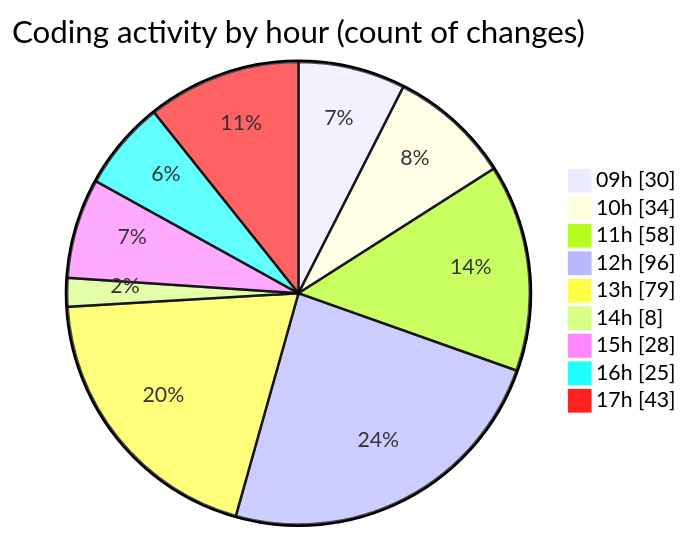
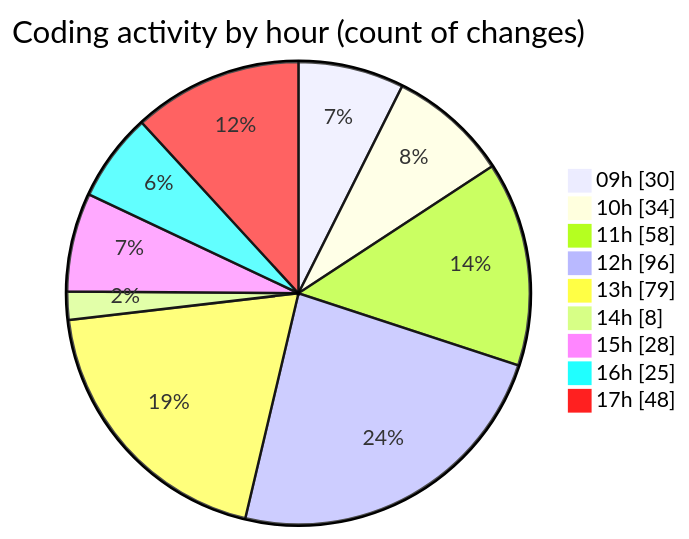
One commit to momahboobian/code-tracking changed the second of 2 diagrams in 2025-04-02/cda/README.md. Above: the diagram before and after it, drawn with Mermaid. The commit also changed other lines of this file and 1 other file, not shown here.

````diff
--- a/2025-04-02/cda/README.md
+++ b/2025-04-02/cda/README.md
@@ -40,13 +40,13 @@
 ```mermaid
 pie showData
 title Coding activity by hour (count of changes)
 "09h" : 30
 "10h" : 34
 "11h" : 58
 "12h" : 96
 "13h" : 79
 "14h" : 8
 "15h" : 28
 "16h" : 25
-"17h" : 43
+"17h" : 48
 ```
````
